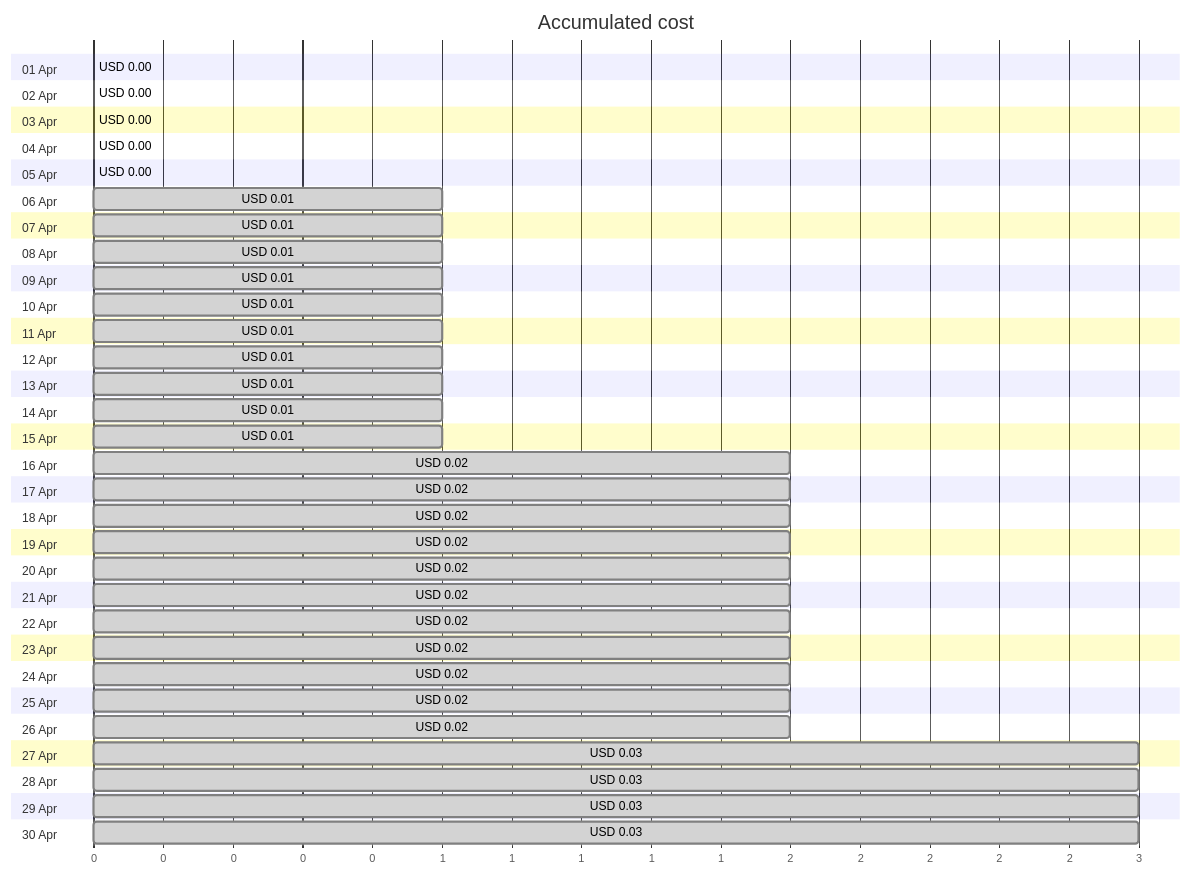
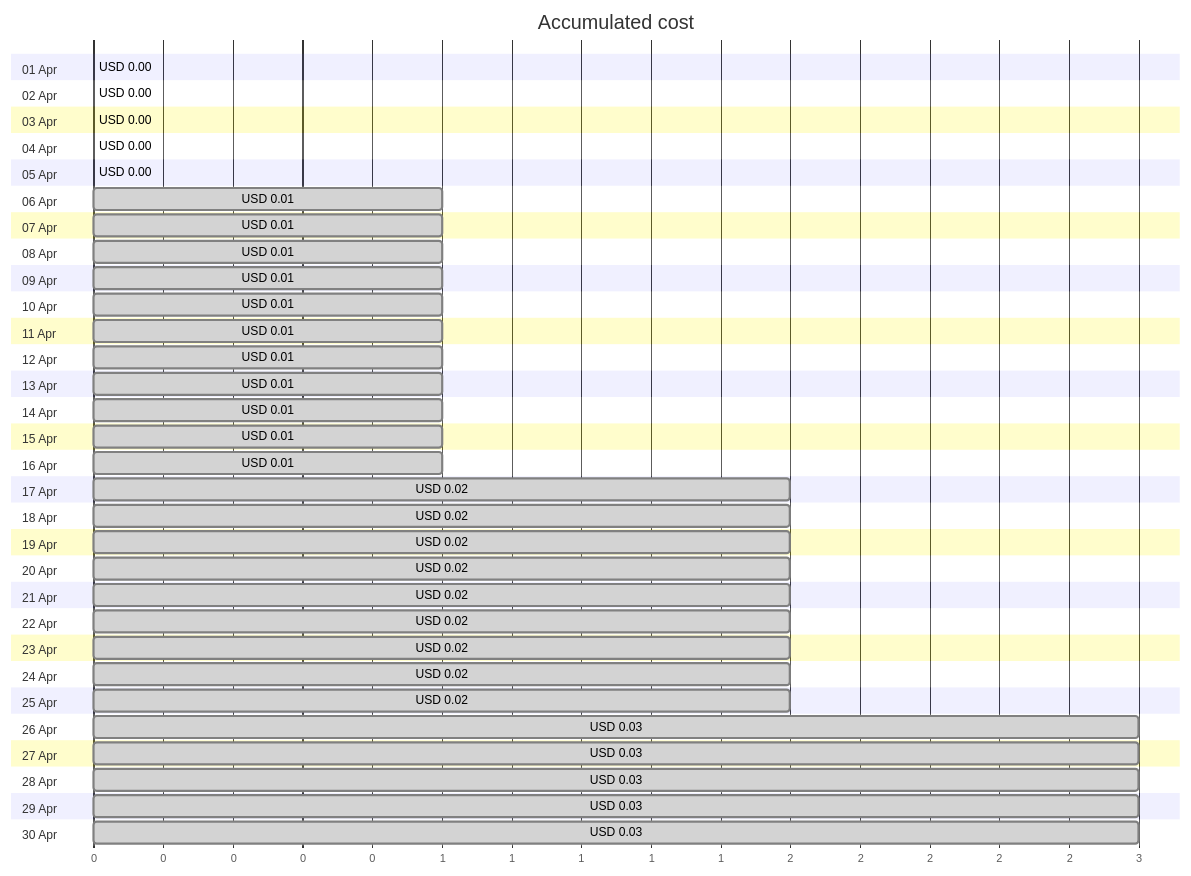
Before and after one commit to jpfulton/azure-personal-reports: the first of 4 diagrams in cost-reports/personal-site/personalsiteapipreview.md, drawn with Mermaid. The commit also changed other lines of this file and 7 other files, not shown here.

````diff
--- a/cost-reports/personal-site/personalsiteapipreview.md
+++ b/cost-reports/personal-site/personalsiteapipreview.md
@@ -20,66 +20,66 @@
 ```mermaid
 gantt
    title Accumulated cost
    dateFormat  X
    axisFormat %s
    section 01 Apr
    USD 0.00 :0, 0
    section 02 Apr
    USD 0.00 :0, 0
    section 03 Apr
-   USD 0.00 : done, 0, 0
+   USD 0.00 :0, 0
    section 04 Apr
    USD 0.00 : done, 0, 0
    section 05 Apr
    USD 0.00 : done, 0, 0
    section 06 Apr
    USD 0.01 : done, 0, 1
    section 07 Apr
    USD 0.01 : done, 0, 1
    section 08 Apr
    USD 0.01 : done, 0, 1
    section 09 Apr
    USD 0.01 : done, 0, 1
    section 10 Apr
    USD 0.01 : done, 0, 1
    section 11 Apr
    USD 0.01 : done, 0, 1
    section 12 Apr
    USD 0.01 : done, 0, 1
    section 13 Apr
    USD 0.01 : done, 0, 1
    section 14 Apr
    USD 0.01 : done, 0, 1
    section 15 Apr
    USD 0.01 : done, 0, 1
    section 16 Apr
-   USD 0.02 : done, 0, 2
+   USD 0.01 : done, 0, 1
    section 17 Apr
    USD 0.02 : done, 0, 2
    section 18 Apr
    USD 0.02 : done, 0, 2
    section 19 Apr
    USD 0.02 : done, 0, 2
    section 20 Apr
    USD 0.02 : done, 0, 2
    section 21 Apr
    USD 0.02 : done, 0, 2
    section 22 Apr
    USD 0.02 : done, 0, 2
    section 23 Apr
    USD 0.02 : done, 0, 2
    section 24 Apr
    USD 0.02 : done, 0, 2
    section 25 Apr
    USD 0.02 : done, 0, 2
    section 26 Apr
-   USD 0.02 : done, 0, 2
+   USD 0.03 : done, 0, 3
    section 27 Apr
    USD 0.03 : done, 0, 3
    section 28 Apr
    USD 0.03 : done, 0, 3
    section 29 Apr
    USD 0.03 : done, 0, 3
    section 30 Apr
    USD 0.03 : done, 0, 3
 ```
````
